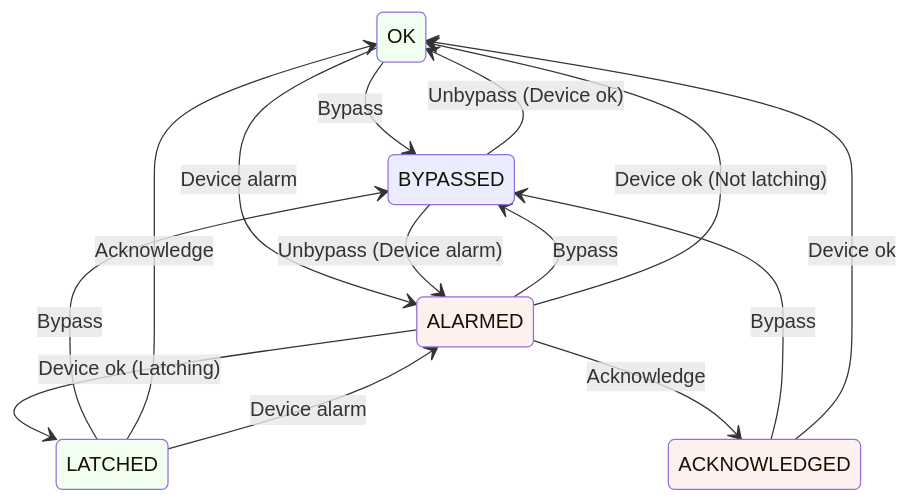
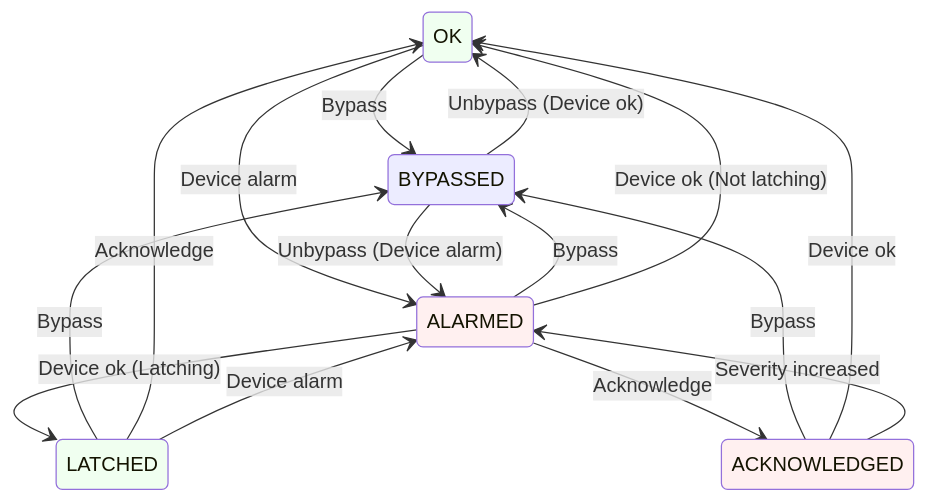
One commit to fermi-ad/acorn-alarms-service changed the diagram in README.md. Above: the diagram before and after it, drawn with Mermaid.

Commit message:
Add severity increase transition to state diagram (#87)
* Add severity increase transition to state diagram

Add severity increase transition to state diagram

* Clarify severity increase in state transitions

````diff
--- a/README.md
+++ b/README.md
@@ -67,25 +67,26 @@
 ```mermaid
 stateDiagram-v2
   OK --> BYPASSED: Bypass
   OK --> ALARMED: Device alarm
 
   BYPASSED --> OK: Unbypass (Device ok)
   BYPASSED --> ALARMED: Unbypass (Device alarm)
 
   ALARMED --> BYPASSED: Bypass
   ALARMED --> OK: Device ok (Not latching)
   ALARMED --> LATCHED: Device ok (Latching)
   ALARMED --> ACKNOWLEDGED: Acknowledge
 
   ACKNOWLEDGED --> BYPASSED: Bypass
   ACKNOWLEDGED --> OK: Device ok
+  ACKNOWLEDGED --> ALARMED: Severity increased
 
   LATCHED --> BYPASSED: Bypass
   LATCHED --> OK: Acknowledge
   LATCHED --> ALARMED: Device alarm
 
   style OK            fill:#F0FFF0
   style LATCHED       fill:#F0FFF0
   style ALARMED       fill:#FFF0F0
   style ACKNOWLEDGED  fill:#FFF0F0
 ```
````
